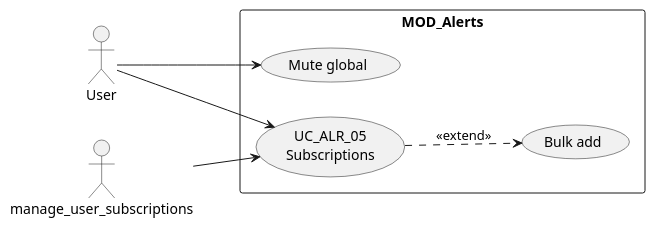
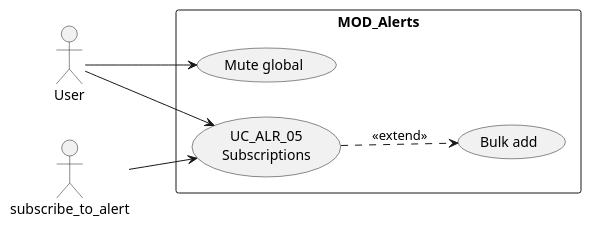
Before and after one commit to jcg-admin/IACT-docs: the first of 4 diagrams in source/requisitos/casos-uso/alerts/uc-alr-05/diagramas-uml.rst, drawn with PlantUML. The commit also changed 157 other files, not shown here.

First line of the commit message:
Enforce catalog function names across all diagrams

```diff
--- a/source/requisitos/casos-uso/alerts/uc-alr-05/diagramas-uml.rst
+++ b/source/requisitos/casos-uso/alerts/uc-alr-05/diagramas-uml.rst
@@ -10,16 +10,16 @@
 .. uml::
 
  @startuml
  left to right direction
  actor "User" as USR
- actor "manage_user_subscriptions" as A
+ actor "subscribe_to_alert" as A
  rectangle "MOD_Alerts" {
    usecase "UC_ALR_05\nSubscriptions" as UC05
    usecase "Bulk add" as BA
    usecase "Mute global" as M
  }
  USR --> UC05
  A --> UC05
  UC05 ..> BA : <<extend>>
  USR --> M
  @enduml
```
